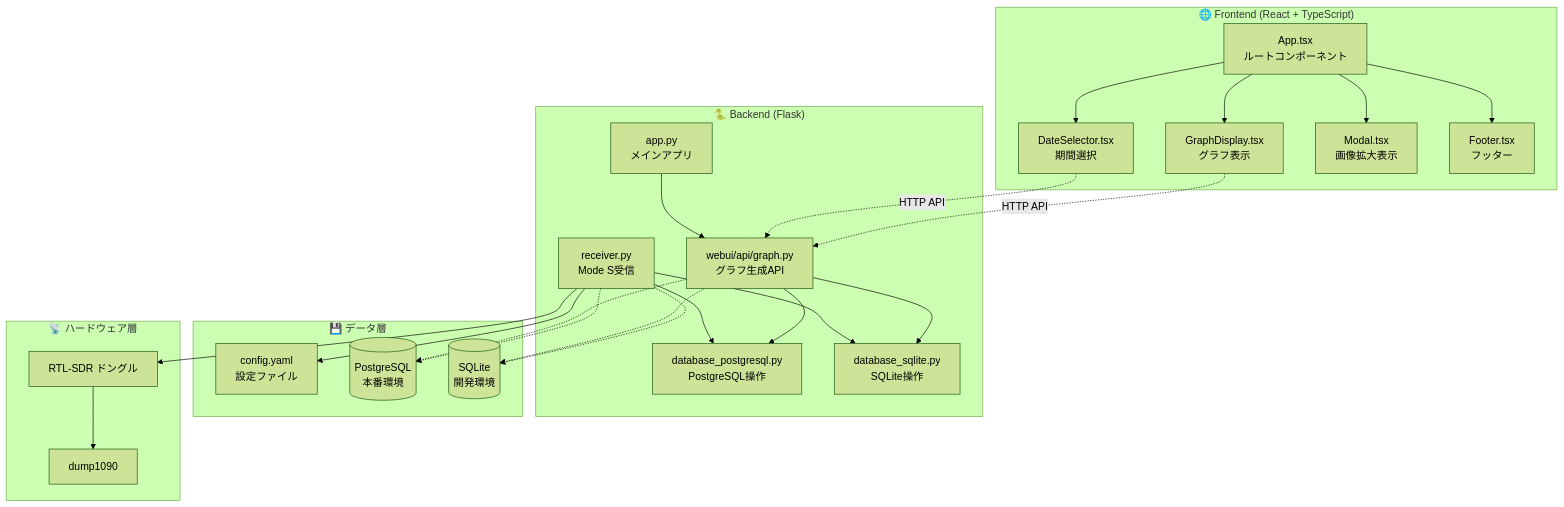
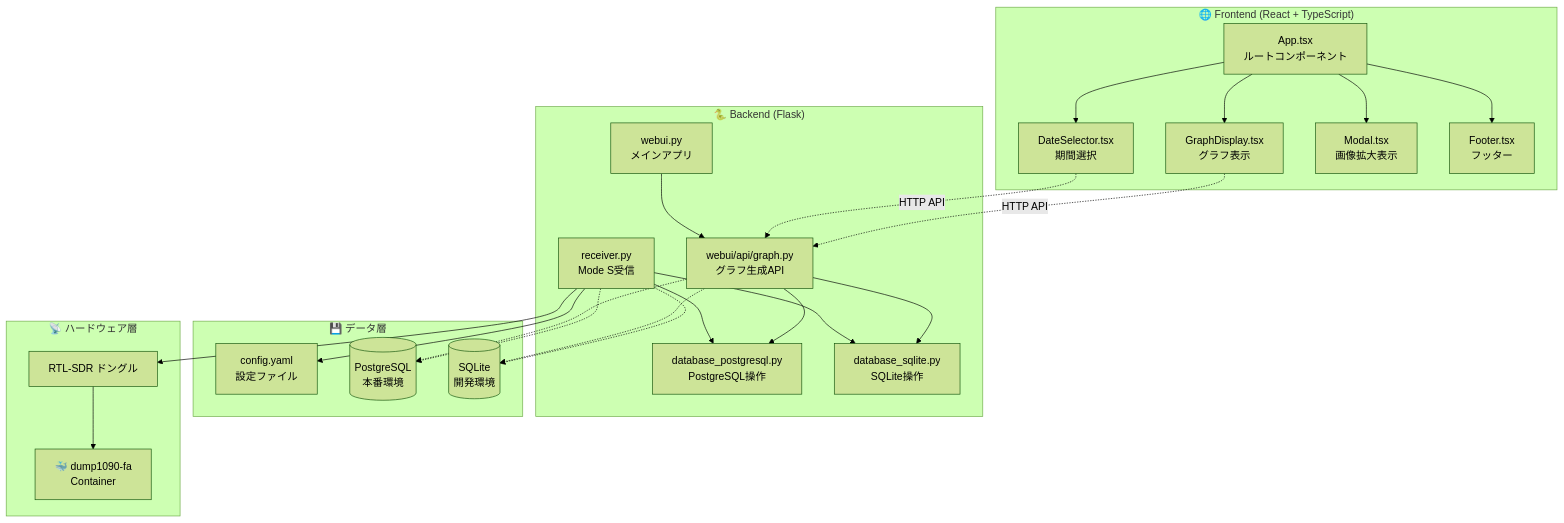
Before and after one commit to kimata/modes-sensing: the third of 3 diagrams in README.md, drawn with Mermaid (forest theme). The commit also changed other lines of this file, not shown here.

First line of the commit message:
🐳 dump1090をDockerコンテナベースの記述に変更

````diff
--- a/README.md
+++ b/README.md
@@ -136,52 +127,52 @@
 ```mermaid
 graph TB
     subgraph "🌐 Frontend (React + TypeScript)"
         APP[App.tsx<br/>ルートコンポーネント]
         DS[DateSelector.tsx<br/>期間選択]
         GD[GraphDisplay.tsx<br/>グラフ表示]
         MOD[Modal.tsx<br/>画像拡大表示]
         FOOT[Footer.tsx<br/>フッター]
 
         APP --> DS
         APP --> GD
         APP --> MOD
         APP --> FOOT
     end
 
     subgraph "🐍 Backend (Flask)"
-        MAIN[app.py<br/>メインアプリ]
+        MAIN[webui.py<br/>メインアプリ]
         REC[receiver.py<br/>Mode S受信]
         DBPG[database_postgresql.py<br/>PostgreSQL操作]
         DBSQ[database_sqlite.py<br/>SQLite操作]
         GRAPH[webui/api/graph.py<br/>グラフ生成API]
 
         MAIN --> GRAPH
         REC --> DBPG
         REC --> DBSQ
         GRAPH --> DBPG
         GRAPH --> DBSQ
     end
 
     subgraph "💾 データ層"
         CONFIG[config.yaml<br/>設定ファイル]
         POSTGRES[(PostgreSQL<br/>本番環境)]
         SQLITE[(SQLite<br/>開発環境)]
     end
 
     subgraph "📡 ハードウェア層"
         SDR[RTL-SDR ドングル]
-        D1090[dump1090]
+        D1090[🐳 dump1090-fa<br/>Container]
     end
 
     DS -.->|HTTP API| GRAPH
     GD -.->|HTTP API| GRAPH
 
     REC --> CONFIG
     REC --> SDR
     SDR --> D1090
 
     GRAPH -.-> POSTGRES
     GRAPH -.-> SQLITE
     REC -.-> POSTGRES
     REC -.-> SQLITE
 ```
````
